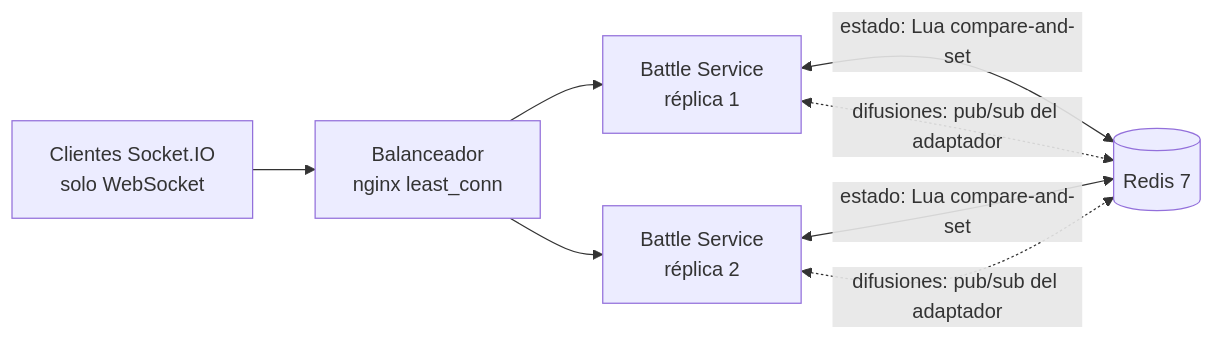
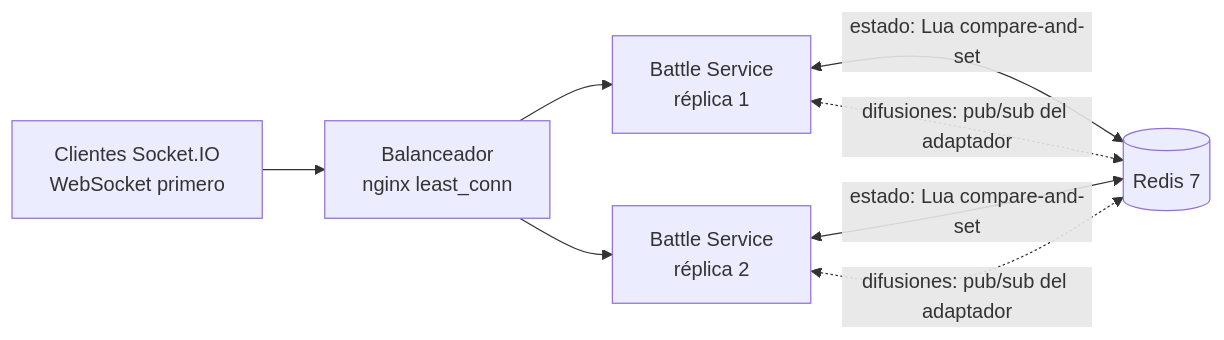
One commit to MissGomezzz/DanceSync_BackEnd changed the diagram in docs/quality/REN-1-rendimiento-latencia.md. Above: the diagram before and after it, drawn with Mermaid. The commit also changed other lines of this file and 3 other files, not shown here.

Commit message:
ci(battle-service): run the Redis tests in CI; docs: WebSocket-first transport in ADR-02 and REN-1

````diff
--- a/docs/quality/REN-1-rendimiento-latencia.md
+++ b/docs/quality/REN-1-rendimiento-latencia.md
@@ -47,10 +47,10 @@
 ```mermaid
 flowchart LR
-    C[Clientes Socket.IO<br/>solo WebSocket] --> LB[Balanceador<br/>nginx least_conn]
+    C[Clientes Socket.IO<br/>WebSocket primero] --> LB[Balanceador<br/>nginx least_conn]
     LB --> B1[Battle Service<br/>réplica 1]
     LB --> B2[Battle Service<br/>réplica 2]
     B1 <-- "estado: Lua compare-and-set" --> R[(Redis 7)]
     B2 <-- "estado: Lua compare-and-set" --> R
     B1 <-. "difusiones: pub/sub del adaptador" .-> R
     B2 <-. "difusiones: pub/sub del adaptador" .-> R
 ```
````
